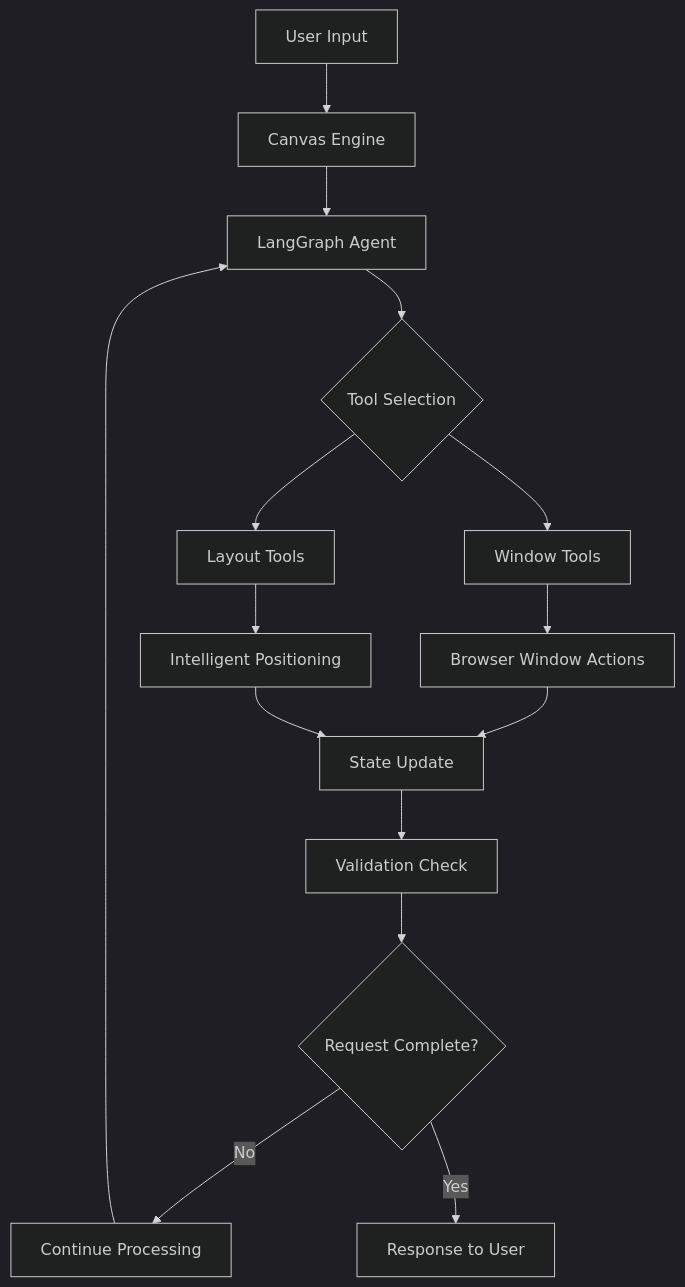
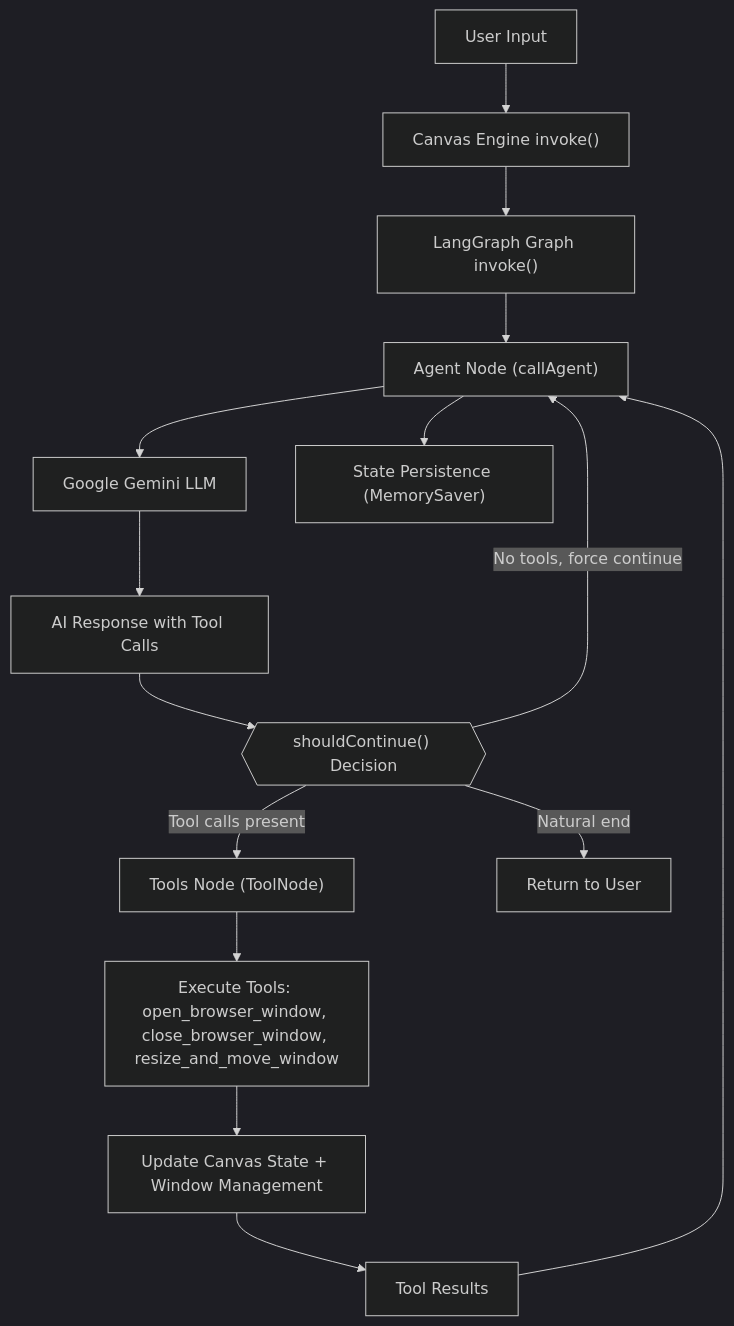
The diagram in README.md (byOdysea/laserfocus-host), drawn with Mermaid (dark theme) before and after one commit. The commit also changed other lines of this file, not shown here.

````diff
--- a/README.md
+++ b/README.md
@@ -134,17 +134,17 @@
 ```mermaid
 graph TD
-    A[User Input] --> B[Canvas Engine]
-    B --> C[LangGraph Agent]
-    C --> D{Tool Selection}
-    D --> E[Window Tools]
-    D --> F[Layout Tools]
-    E --> G[Browser Window Actions]
-    F --> H[Intelligent Positioning]
-    G --> I[State Update]
-    H --> I
-    I --> J[Validation Check]
-    J --> K{Request Complete?}
-    K -->|No| L[Continue Processing]
-    K -->|Yes| M[Response to User]
-    L --> C
+    A["User Input"] --> B["Canvas Engine invoke()"]
+    B --> C["LangGraph Graph invoke()"]
+    C --> D["Agent Node (callAgent)"]
+    D --> E["Google Gemini LLM"]
+    E --> F["AI Response with Tool Calls"]
+    F --> G{{"shouldContinue() Decision"}}
+    G -->|"Tool calls present"| H["Tools Node (ToolNode)"]
+    G -->|"No tools, force continue"| D
+    G -->|"Natural end"| M["Return to User"]
+    H --> I["Execute Tools: open_browser_window, close_browser_window, resize_and_move_window"]
+    I --> J["Update Canvas State + Window Management"]
+    J --> K["Tool Results"]
+    K --> D
+    D --> L["State Persistence (MemorySaver)"]
 ```
````
